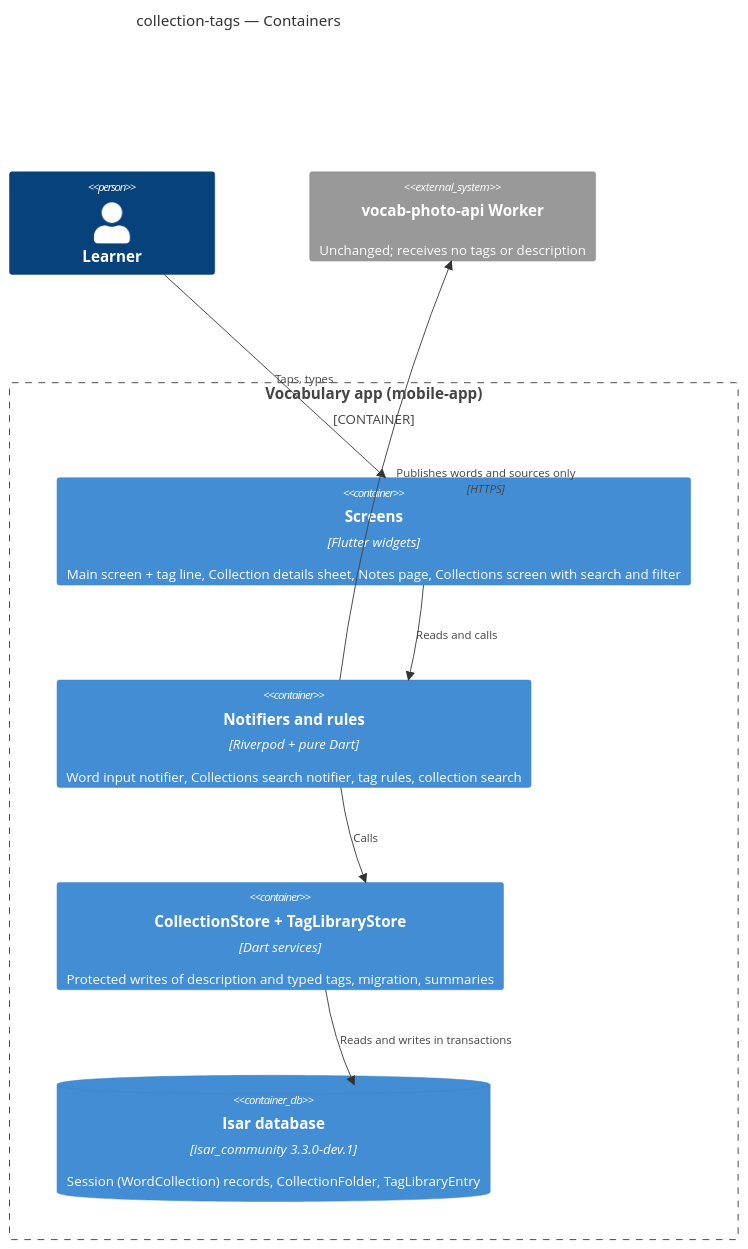
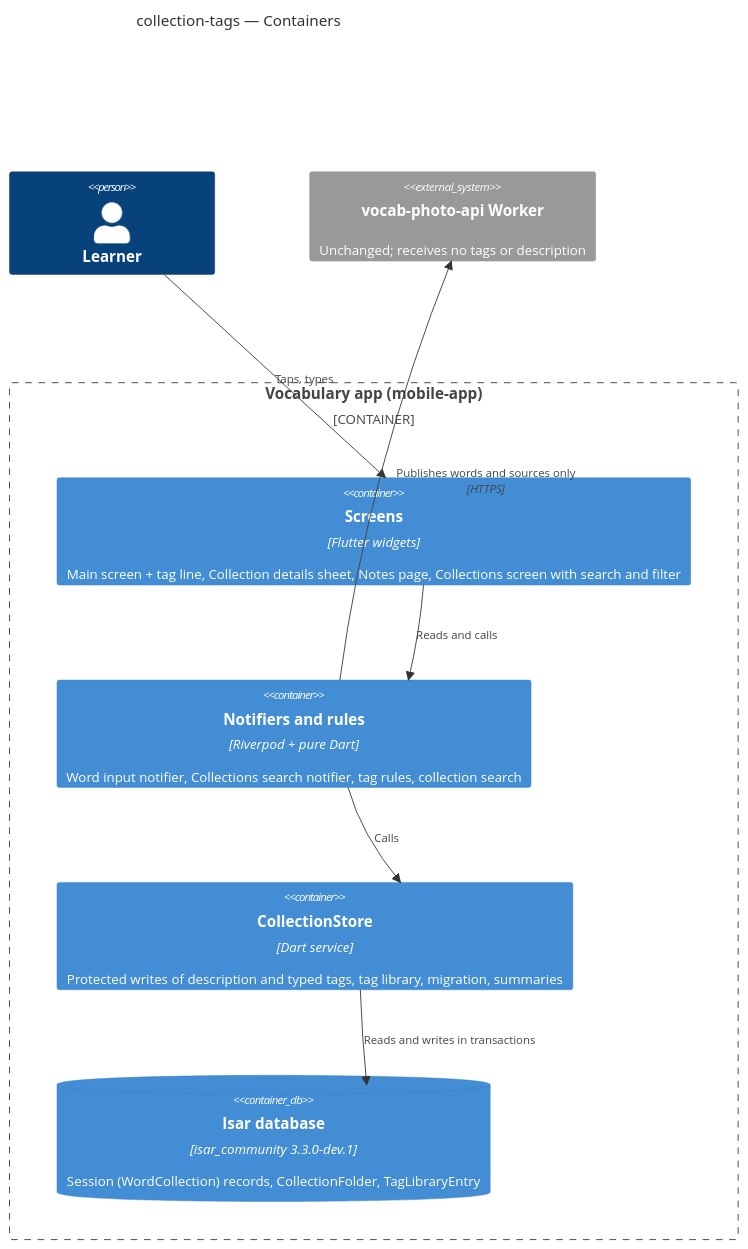
The second of 4 diagrams in docs/features/collection-tags/sad.md (mlevytskiy/flutter_vocabulary_app), drawn with Mermaid before and after one commit. The commit also changed other lines of this file and 5 other files, not shown here.

Commit message:
design: collection-tags finalization (critic pass) + ADR-0009

````diff
--- a/docs/features/collection-tags/sad.md
+++ b/docs/features/collection-tags/sad.md
@@ -144,21 +148,21 @@
 ```mermaid
 C4Container
     title collection-tags — Containers
 
     Person(learner, "Learner")
 
     Container_Boundary(app, "Vocabulary app (mobile-app)") {
         Container(ui, "Screens", "Flutter widgets", "Main screen + tag line, Collection details sheet, Notes page, Collections screen with search and filter")
         Container(state, "Notifiers and rules", "Riverpod + pure Dart", "Word input notifier, Collections search notifier, tag rules, collection search")
-        Container(stores, "CollectionStore + TagLibraryStore", "Dart services", "Protected writes of description and typed tags, migration, summaries")
+        Container(stores, "CollectionStore", "Dart service", "Protected writes of description and typed tags, tag library, migration, summaries")
         ContainerDb(db, "Isar database", "isar_community 3.3.0-dev.1", "Session (WordCollection) records, CollectionFolder, TagLibraryEntry")
     }
 
     System_Ext(worker, "vocab-photo-api Worker", "Unchanged; receives no tags or description")
 
     Rel(learner, ui, "Taps, types")
     Rel(ui, state, "Reads and calls")
     Rel(state, stores, "Calls")
     Rel(stores, db, "Reads and writes in transactions")
     Rel(state, worker, "Publishes words and sources only", "HTTPS")
 ```
````
